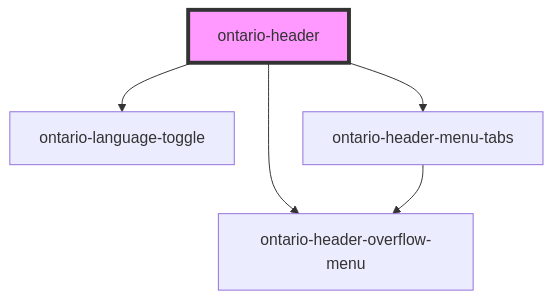
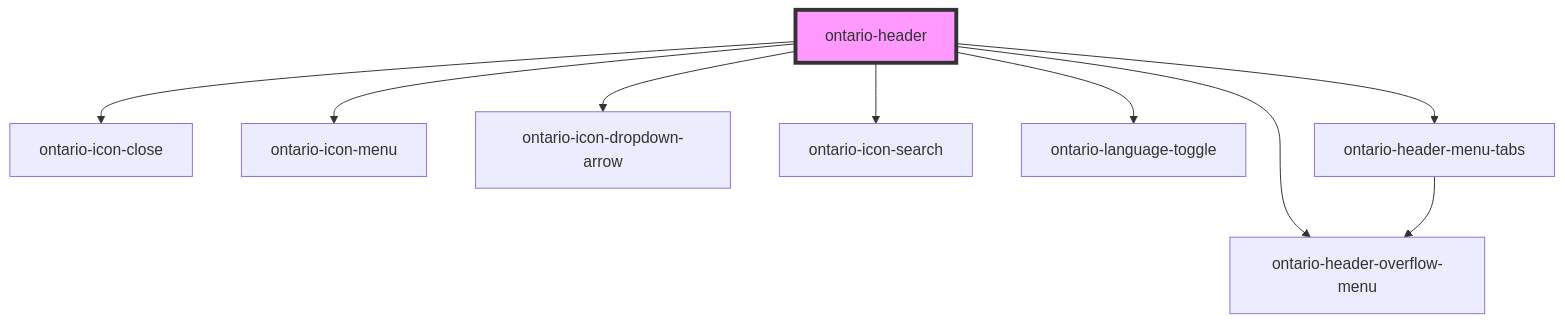
The diagram in packages/ontario-design-system-component-library/src/components/ontario-header/readme.md (ongov/ontario-design-system), drawn with Mermaid before and after one commit. The commit also changed other lines of this file and 4 other files, not shown here.

````diff
--- a/packages/ontario-design-system-component-library/src/components/ontario-header/readme.md
+++ b/packages/ontario-design-system-component-library/src/components/ontario-header/readme.md
@@ -570,8 +574,12 @@
 ```mermaid
 graph TD;
+  ontario-header --> ontario-icon-close
+  ontario-header --> ontario-icon-menu
+  ontario-header --> ontario-icon-dropdown-arrow
+  ontario-header --> ontario-icon-search
   ontario-header --> ontario-language-toggle
   ontario-header --> ontario-header-menu-tabs
   ontario-header --> ontario-header-overflow-menu
   ontario-header-menu-tabs --> ontario-header-overflow-menu
   style ontario-header fill:#f9f,stroke:#333,stroke-width:4px
 ```
````
